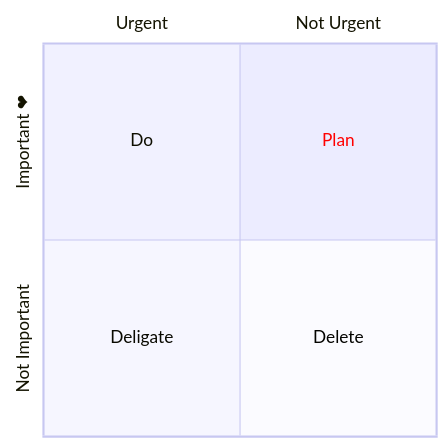
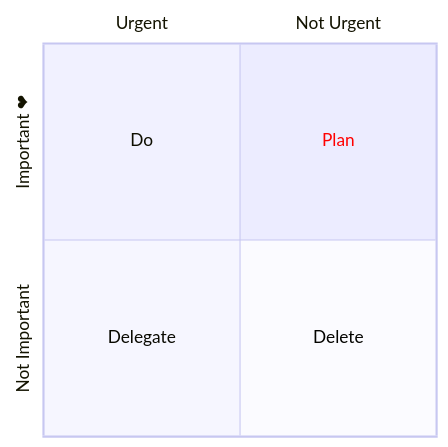
The second of 2 diagrams in docs/syntax/quadrantChart.md (mermaid-js/mermaid), drawn with Mermaid before and after one commit. The commit also changed other lines of this file, not shown here.

````diff
--- a/docs/syntax/quadrantChart.md
+++ b/docs/syntax/quadrantChart.md
@@ -159,10 +159,10 @@
 ```mermaid
 %%{init: {"quadrantChart": {"chartWidth": 400, "chartHeight": 400}, "themeVariables": {"quadrant1TextFill": "#ff0000"} }}%%
 quadrantChart
   x-axis Urgent --> Not Urgent
   y-axis Not Important --> "Important ❤"
   quadrant-1 Plan
   quadrant-2 Do
-  quadrant-3 Deligate
+  quadrant-3 Delegate
   quadrant-4 Delete
 ```
````
